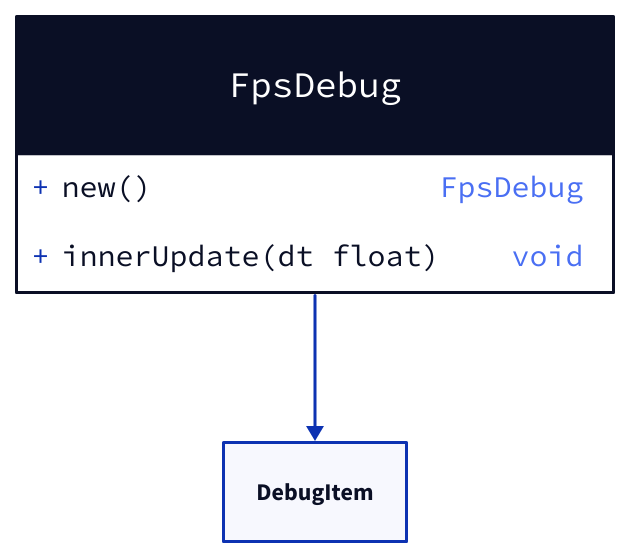
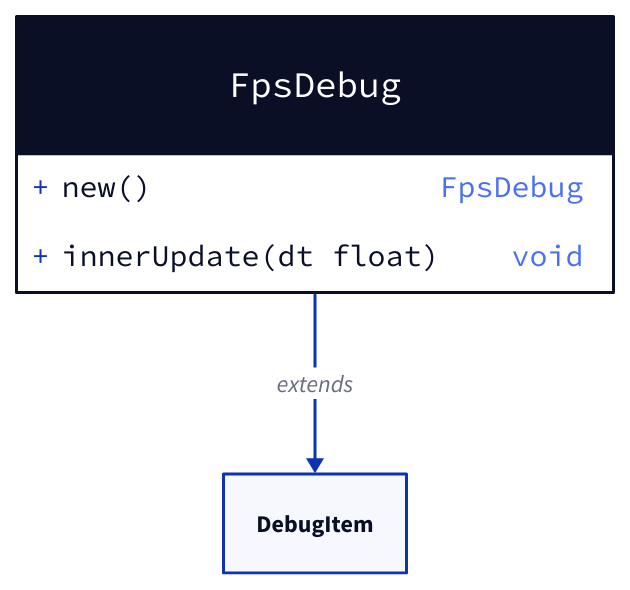
One commit to valcriss/gamingcampus-m1-lua-battletank changed the diagram in docs/fps-debug.d2. Above: the diagram before and after it, drawn with D2. The commit also changed 64 other files, not shown here.

```diff
--- a/docs/fps-debug.d2
+++ b/docs/fps-debug.d2
@@ -1,8 +1,8 @@
 FpsDebug: {
   shape: class
 
   +new(): FpsDebug
 
   +innerUpdate(dt float): void
 }
-FpsDebug -> DebugItem
+FpsDebug -> DebugItem: extends
```
